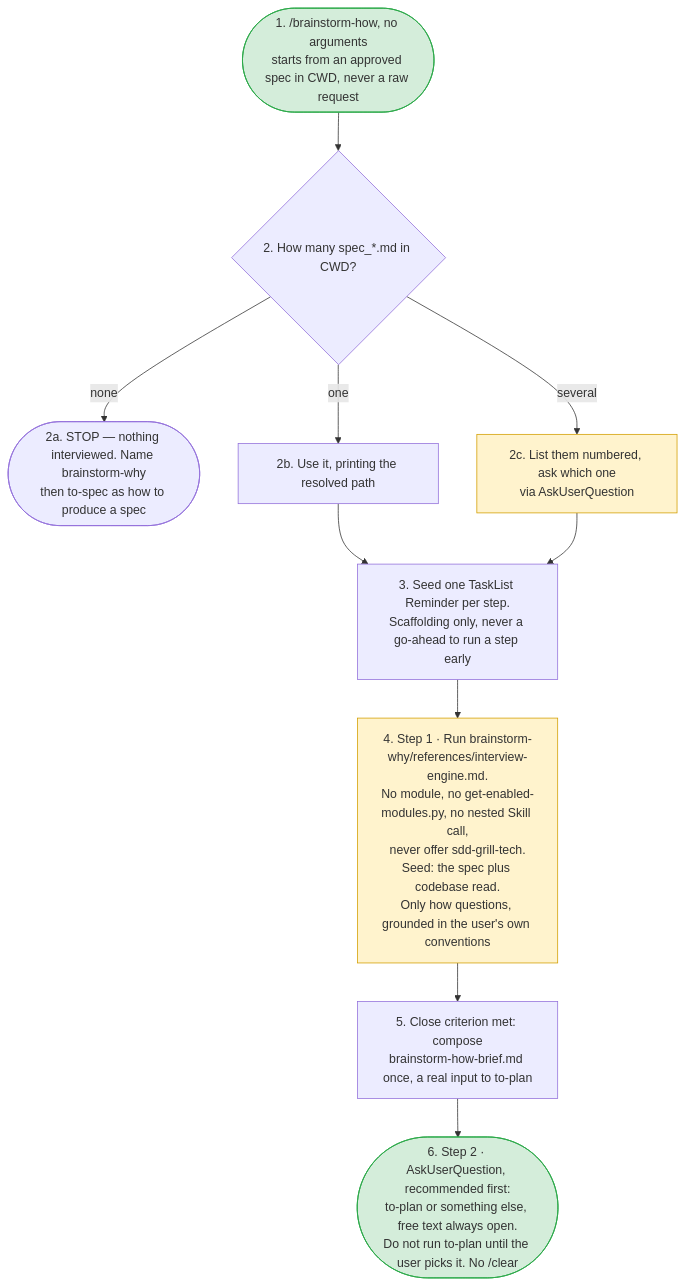
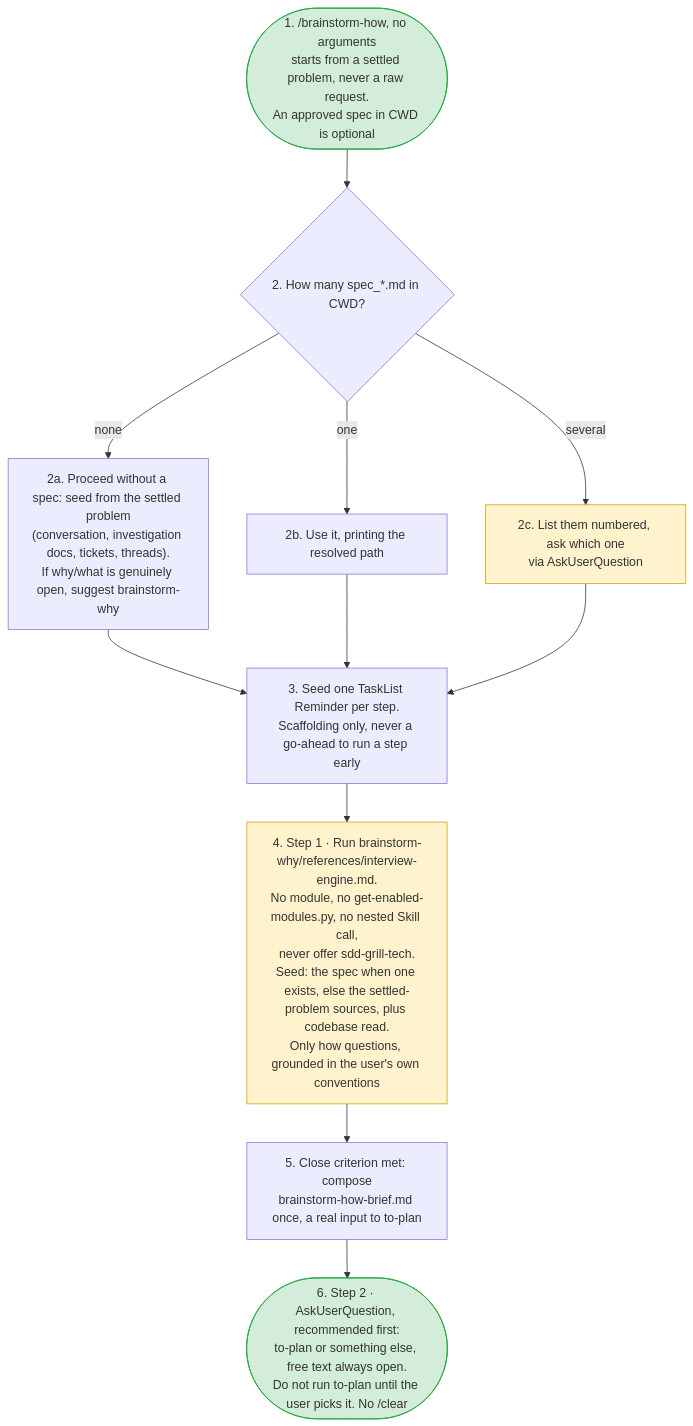
The diagram in configs/ai-docs/claude/skills/brainstorm-how/assets/flowchart.md (brunogsa/unix-utils), drawn with Mermaid before and after one commit. The commit also changed 2 other files, not shown here.

Commit message:
fix(brainstorm-how): run without an approved spec
A small change can have its why/what settled by an investigation doc,
a ticket or a thread; the hard-stop forced the full brainstorm-why to
to-spec pipeline on it. A spec is now the best seed, not a precondition.

````diff
--- a/configs/ai-docs/claude/skills/brainstorm-how/assets/flowchart.md
+++ b/configs/ai-docs/claude/skills/brainstorm-how/assets/flowchart.md
@@ -13,22 +13,22 @@
 ```mermaid
 flowchart TD
-  n1(["1. /brainstorm-how, no arguments<br/>starts from an approved spec in CWD, never a raw request"]):::start
+  n1(["1. /brainstorm-how, no arguments<br/>starts from a settled problem, never a raw request.<br/>An approved spec in CWD is optional"]):::start
   n2{"2. How many spec_*.md in CWD?"}
-  n2a(["2a. STOP — nothing interviewed. Name brainstorm-why<br/>then to-spec as how to produce a spec"])
+  n2a["2a. Proceed without a spec: seed from the settled problem<br/>(conversation, investigation docs, tickets, threads).<br/>If why/what is genuinely open, suggest brainstorm-why"]
   n2b["2b. Use it, printing the resolved path"]
   n2c["2c. List them numbered, ask which one<br/>via AskUserQuestion"]:::gate
   n3["3. Seed one TaskList Reminder per step.<br/>Scaffolding only, never a go-ahead to run a step early"]
-  n4["4. Step 1 · Run brainstorm-why/references/interview-engine.md.<br/>No module, no get-enabled-modules.py, no nested Skill call,<br/>never offer sdd-grill-tech.<br/>Seed: the spec plus codebase read.<br/>Only how questions, grounded in the user's own conventions"]:::gate
+  n4["4. Step 1 · Run brainstorm-why/references/interview-engine.md.<br/>No module, no get-enabled-modules.py, no nested Skill call,<br/>never offer sdd-grill-tech.<br/>Seed: the spec when one exists, else the settled-problem sources, plus codebase read.<br/>Only how questions, grounded in the user's own conventions"]:::gate
   n5["5. Close criterion met: compose<br/>brainstorm-how-brief.md once, a real input to to-plan"]
   n6(["6. Step 2 · AskUserQuestion, recommended first:<br/>to-plan or something else, free text always open.<br/>Do not run to-plan until the user picks it. No /clear"]):::done
 
   n1 --> n2
-  n2 -->|"none"| n2a
+  n2 -->|"none"| n2a --> n3
   n2 -->|"one"| n2b --> n3
   n2 -->|"several"| n2c --> n3
   n3 --> n4 --> n5 --> n6
 
   classDef start fill:#d4edda,stroke:#28a745
   classDef gate fill:#fff3cd,stroke:#d39e00
   classDef done fill:#d4edda,stroke:#28a745
 ```
````
